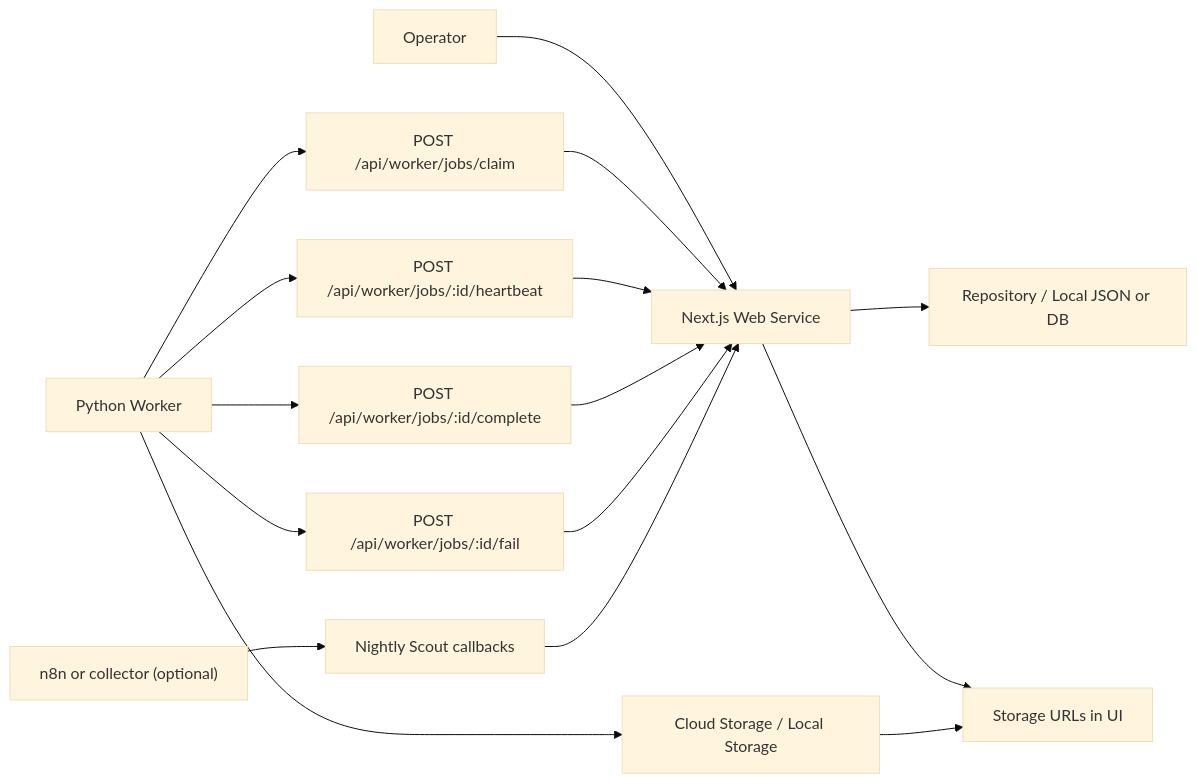
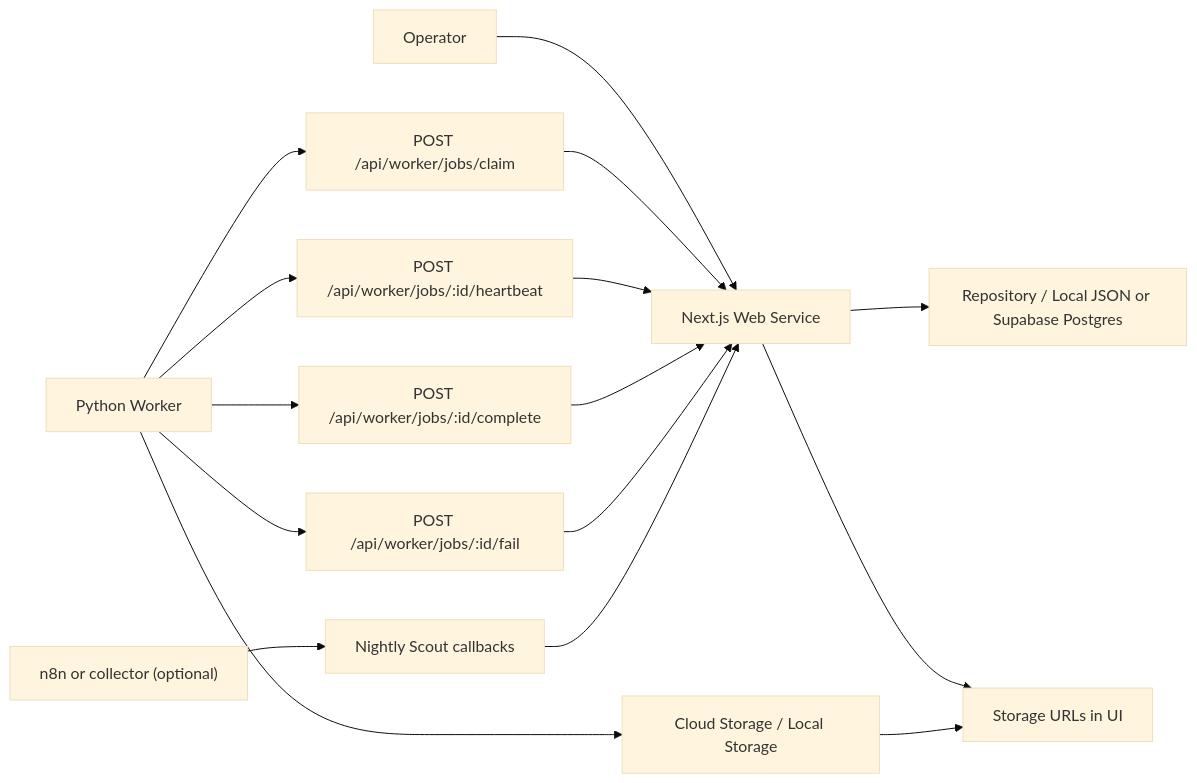
One commit to mizzang0305-oss/commerce-automation changed the diagram in docs/03_ARCHITECTURE_DESIGN.md. Above: the diagram before and after it, drawn with Mermaid (base theme). The commit also changed other lines of this file and 18 other files, not shown here.

First line of the commit message:
feat(storage): add Supabase repository adapter

````diff
--- a/docs/03_ARCHITECTURE_DESIGN.md
+++ b/docs/03_ARCHITECTURE_DESIGN.md
@@ -5,18 +5,18 @@
 ```mermaid
 flowchart LR
   Operator["Operator"] --> Web["Next.js Web Service"]
-  Web --> Data["Repository / Local JSON or DB"]
+  Web --> Data["Repository / Local JSON or Supabase Postgres"]
   Web --> StorageView["Storage URLs in UI"]
   Worker["Python Worker"] --> Claim["POST /api/worker/jobs/claim"]
   Worker --> Heartbeat["POST /api/worker/jobs/:id/heartbeat"]
   Worker --> Complete["POST /api/worker/jobs/:id/complete"]
   Worker --> Fail["POST /api/worker/jobs/:id/fail"]
   Claim --> Web
   Heartbeat --> Web
   Complete --> Web
   Fail --> Web
   Worker --> ObjectStorage["Cloud Storage / Local Storage"]
   ObjectStorage --> StorageView
   Legacy["n8n or collector (optional)"] --> Scout["Nightly Scout callbacks"]
   Scout --> Web
 ```
````
